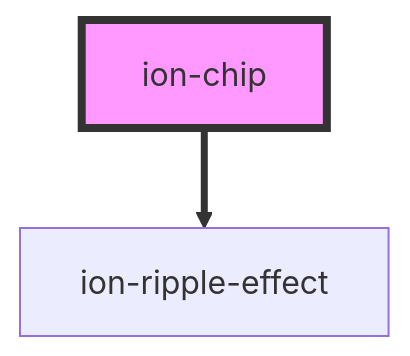
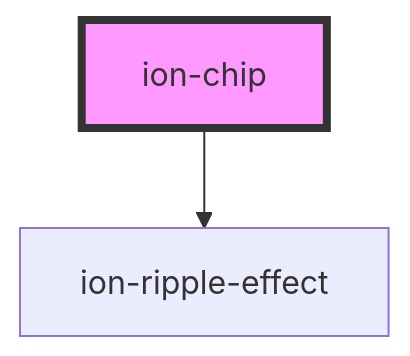
The diagram in core/src/components/chip/readme.md (ionic-team/ionic-framework), drawn with Mermaid before and after one commit. The commit also changed 39 other files, not shown here.

````diff
--- a/core/src/components/chip/readme.md
+++ b/core/src/components/chip/readme.md
@@ -180,5 +180,5 @@
 ```mermaid
 graph TD;
-  ion-chip ==> ion-ripple-effect
+  ion-chip --> ion-ripple-effect
   style ion-chip fill:#f9f,stroke:#333,stroke-width:4px
 ```
````
